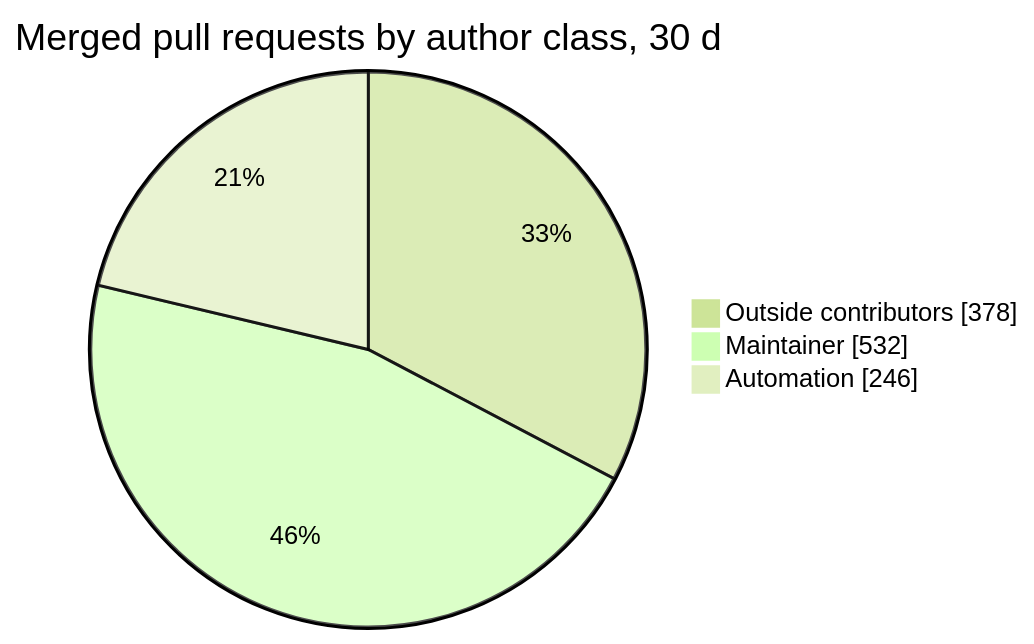
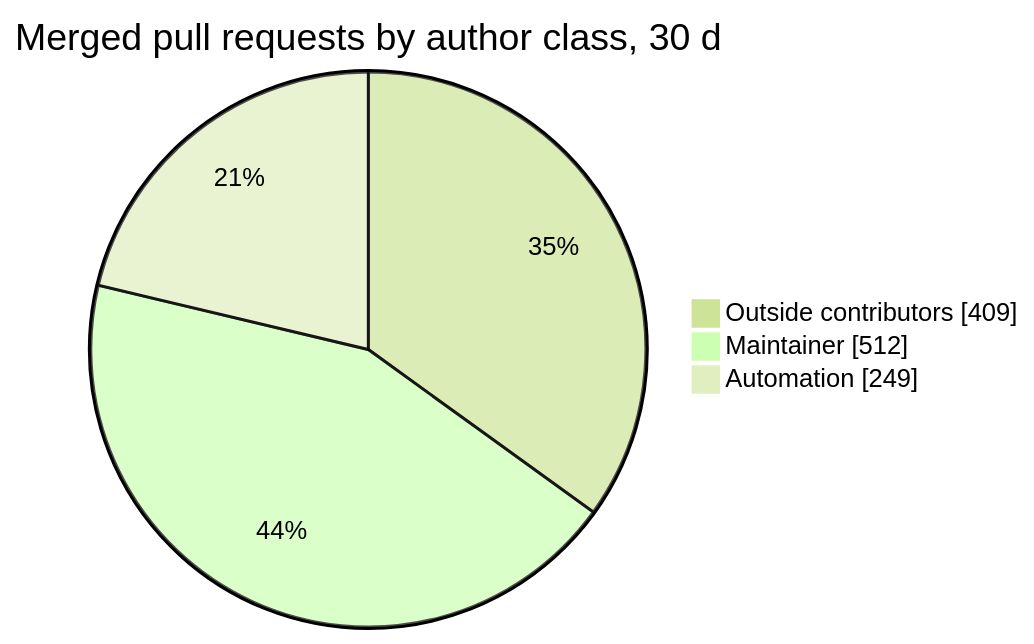
Before and after one commit to sipyourdrink-ltd/bernstein: the third of 3 diagrams in project-pulse.md, drawn with Mermaid (forest theme). The commit also changed other lines of this file and 4 other files, not shown here.

````diff
--- a/project-pulse.md
+++ b/project-pulse.md
@@ -28,7 +49,7 @@
 ```mermaid
 pie showData
     title Merged pull requests by author class, 30 d
-    "Outside contributors" : 378
-    "Maintainer" : 532
-    "Automation" : 246
+    "Outside contributors" : 409
+    "Maintainer" : 512
+    "Automation" : 249
 ```
````
